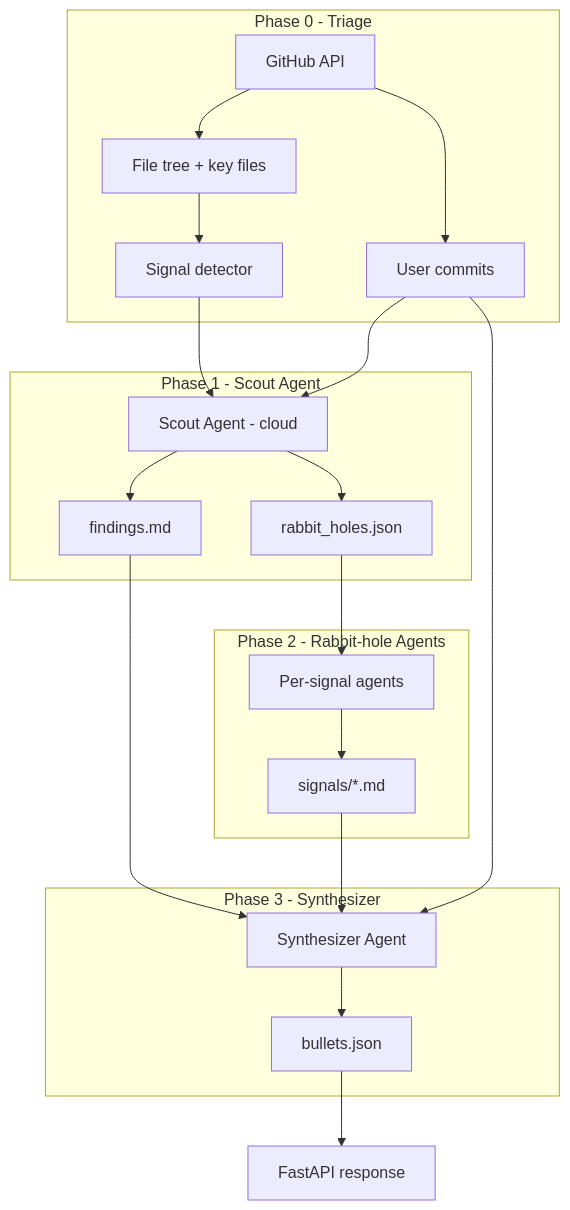
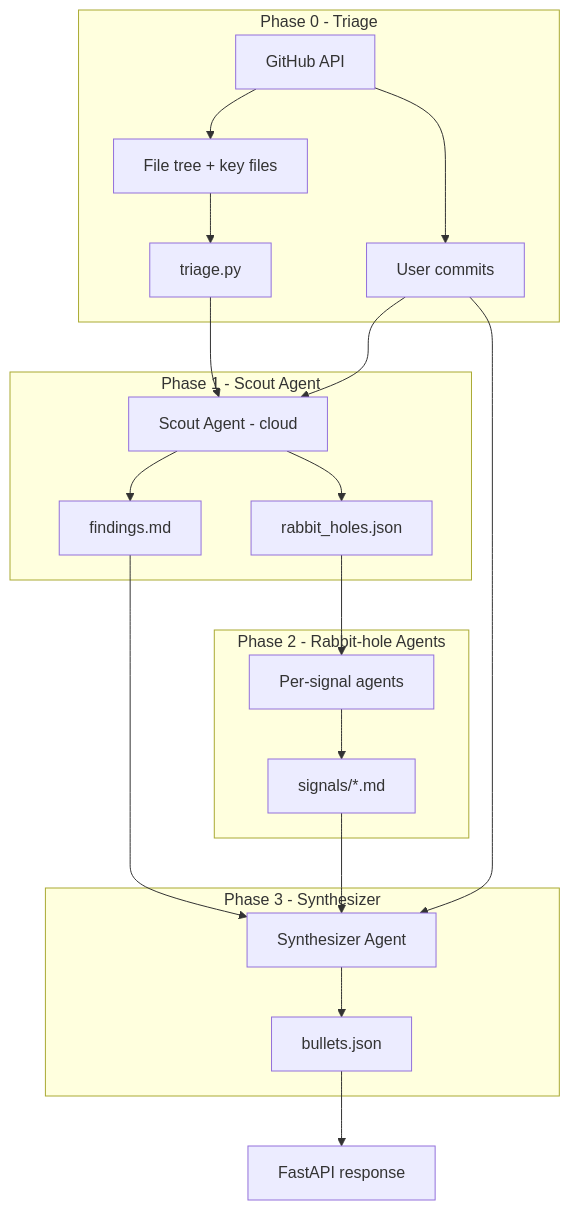
One commit to Darksharkthe1st/Lightroom changed the diagram in docs/RESUME_BULLETS_PLAN.md. Above: the diagram before and after it, drawn with Mermaid. The commit also changed other lines of this file and 1 other file, not shown here.

````diff
--- a/docs/RESUME_BULLETS_PLAN.md
+++ b/docs/RESUME_BULLETS_PLAN.md
@@ -24,29 +37,29 @@
 ```mermaid
 flowchart TB
   subgraph triage [Phase 0 - Triage]
     GH[GitHub API] --> Tree[File tree + key files]
     GH --> Commits[User commits]
-    Tree --> Signals[Signal detector]
+    Tree --> Triage[triage.py]
   end
 
   subgraph scout [Phase 1 - Scout Agent]
-    Signals --> Scout[Scout Agent - cloud]
+    Triage --> Scout[Scout Agent - cloud]
     Commits --> Scout
     Scout --> Findings[findings.md]
     Scout --> RabbitPlan[rabbit_holes.json]
   end
 
   subgraph holes [Phase 2 - Rabbit-hole Agents]
     RabbitPlan --> R1[Per-signal agents]
     R1 --> S1[signals/*.md]
   end
 
   subgraph synth [Phase 3 - Synthesizer]
     Findings --> Synth[Synthesizer Agent]
     S1 --> Synth
     Commits --> Synth
     Synth --> Bullets[bullets.json]
   end
 
   Bullets --> API[FastAPI response]
 ```
````
